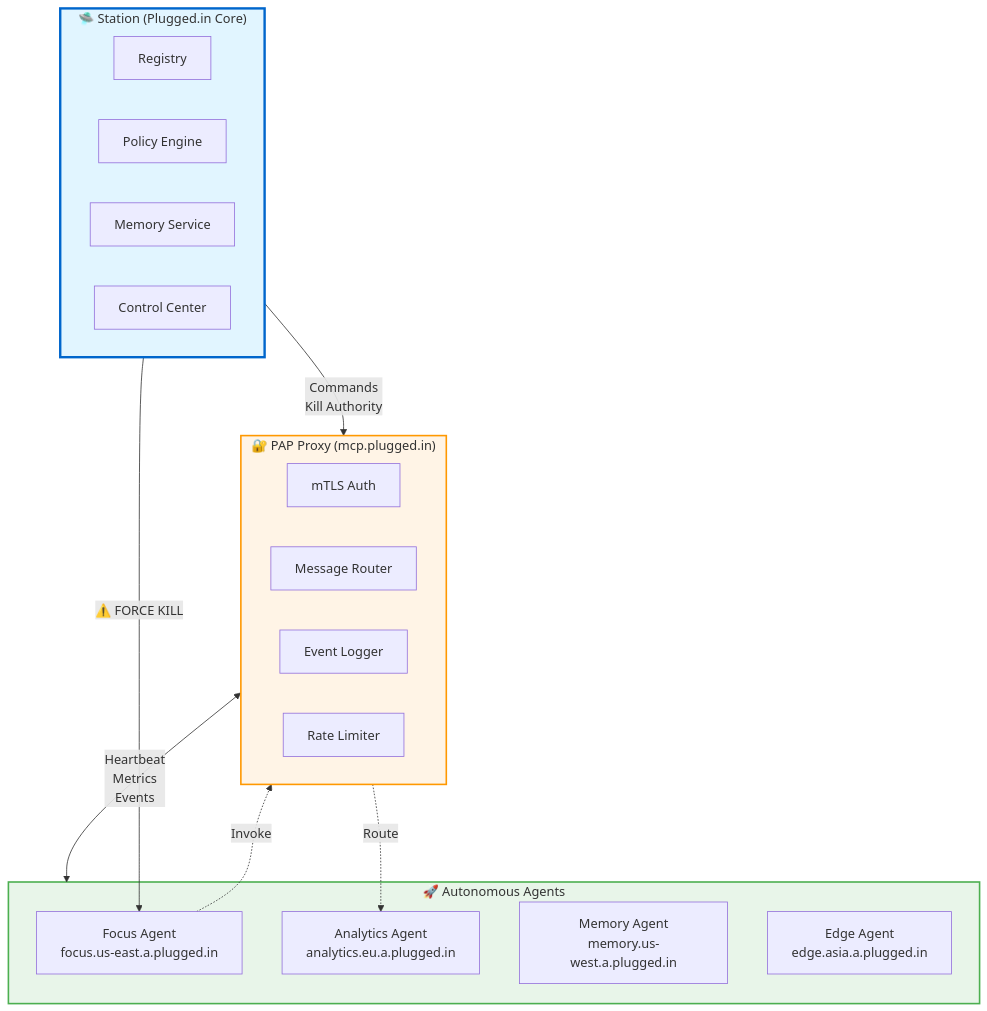
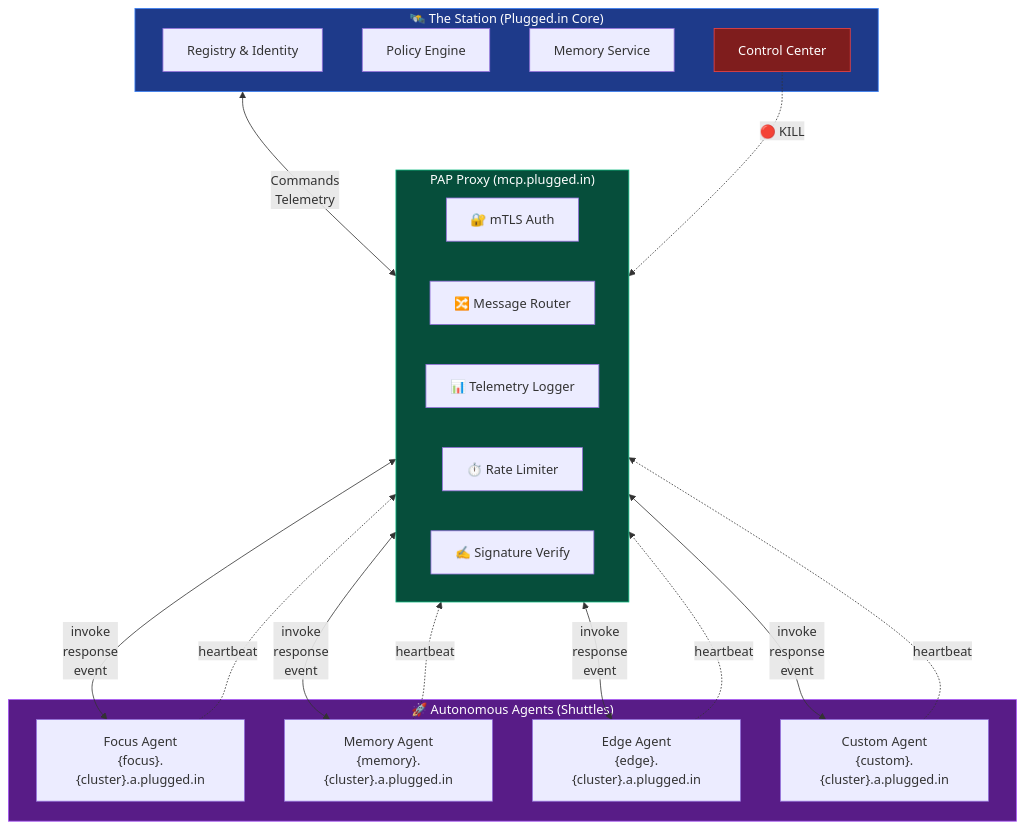
Before and after one commit to VeriTeknik/PAP: the first of 3 diagrams in README.md, drawn with Mermaid. The commit also changed other lines of this file and 2 other files, not shown here.

First paragraph of the commit message:
dd enhanced Mermaid diagrams throughout documentation
   Replaced and enhanced all major diagrams with improved visuals and better color schemes:

````diff
--- a/README.md
+++ b/README.md
@@ -7,39 +7,42 @@
 ```mermaid
 graph TB
-    subgraph Station["🛸 Station (Plugged.in Core)"]
-        Registry[Registry]
-        Policy[Policy Engine]
-        Memory[Memory Service]
-        Control[Control Center]
+    subgraph Station["🛰️ The Station (Plugged.in Core)"]
+        Registry["Registry & Identity"]
+        Policy["Policy Engine"]
+        Memory["Memory Service"]
+        Control["Control Center"]
     end
 
-    subgraph Proxy["🔐 PAP Proxy (mcp.plugged.in)"]
-        Auth[mTLS Auth]
-        Router[Message Router]
-        Logger[Event Logger]
-        RateLimit[Rate Limiter]
+    subgraph Proxy["PAP Proxy (mcp.plugged.in)"]
+        Auth["🔐 mTLS Auth"]
+        Router["🔀 Message Router"]
+        Logger["📊 Telemetry Logger"]
+        RateLimit["⏱️ Rate Limiter"]
+        Sig["✍️ Signature Verify"]
     end
 
-    subgraph Agents["🚀 Autonomous Agents"]
-        Focus[Focus Agent<br/>focus.us-east.a.plugged.in]
-        Analytics[Analytics Agent<br/>analytics.eu.a.plugged.in]
-        Memory2[Memory Agent<br/>memory.us-west.a.plugged.in]
-        Edge[Edge Agent<br/>edge.asia.a.plugged.in]
+    subgraph Shuttles["🚀 Autonomous Agents (Shuttles)"]
+        Focus["Focus Agent<br/>{focus}.{cluster}.a.plugged.in"]
+        MemAgent["Memory Agent<br/>{memory}.{cluster}.a.plugged.in"]
+        Edge["Edge Agent<br/>{edge}.{cluster}.a.plugged.in"]
+        Custom["Custom Agent<br/>{custom}.{cluster}.a.plugged.in"]
     end
 
-    Station -->|Commands<br/>Kill Authority| Proxy
-    Proxy <-->|Heartbeat<br/>Metrics<br/>Events| Agents
+    Station <-->|Commands<br/>Telemetry| Proxy
+    Proxy <-->|invoke<br/>response<br/>event| Focus
+    Proxy <-->|invoke<br/>response<br/>event| MemAgent
+    Proxy <-->|invoke<br/>response<br/>event| Edge
+    Proxy <-->|invoke<br/>response<br/>event| Custom
 
-    Focus -.->|Invoke| Proxy
-    Proxy -.->|Route| Analytics
+    Focus -.->|heartbeat| Proxy
+    MemAgent -.->|heartbeat| Proxy
+    Edge -.->|heartbeat| Proxy
+    Custom -.->|heartbeat| Proxy
 
-    Station -->|"⚠️ FORCE KILL"| Focus
+    Control -.->|🔴 KILL| Proxy
 
-    classDef stationStyle fill:#e1f5ff,stroke:#0066cc,stroke-width:3px
-    classDef proxyStyle fill:#fff4e6,stroke:#ff9800,stroke-width:2px
-    classDef agentStyle fill:#e8f5e9,stroke:#4caf50,stroke-width:2px
-
-    class Station stationStyle
-    class Proxy proxyStyle
-    class Agents agentStyle
+    style Station fill:#1e3a8a,stroke:#3b82f6,color:#fff
+    style Proxy fill:#064e3b,stroke:#10b981,color:#fff
+    style Shuttles fill:#581c87,stroke:#a855f7,color:#fff
+    style Control fill:#7f1d1d,stroke:#ef4444,color:#fff
 ```
````
